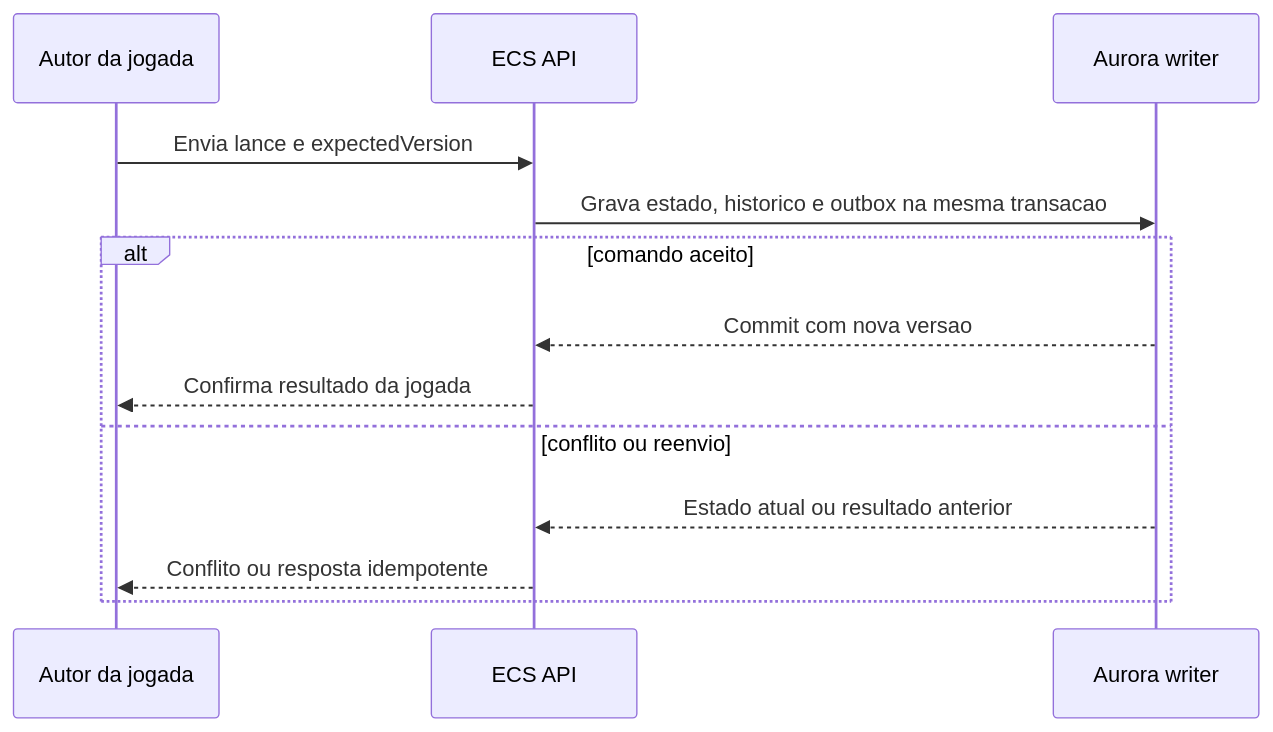
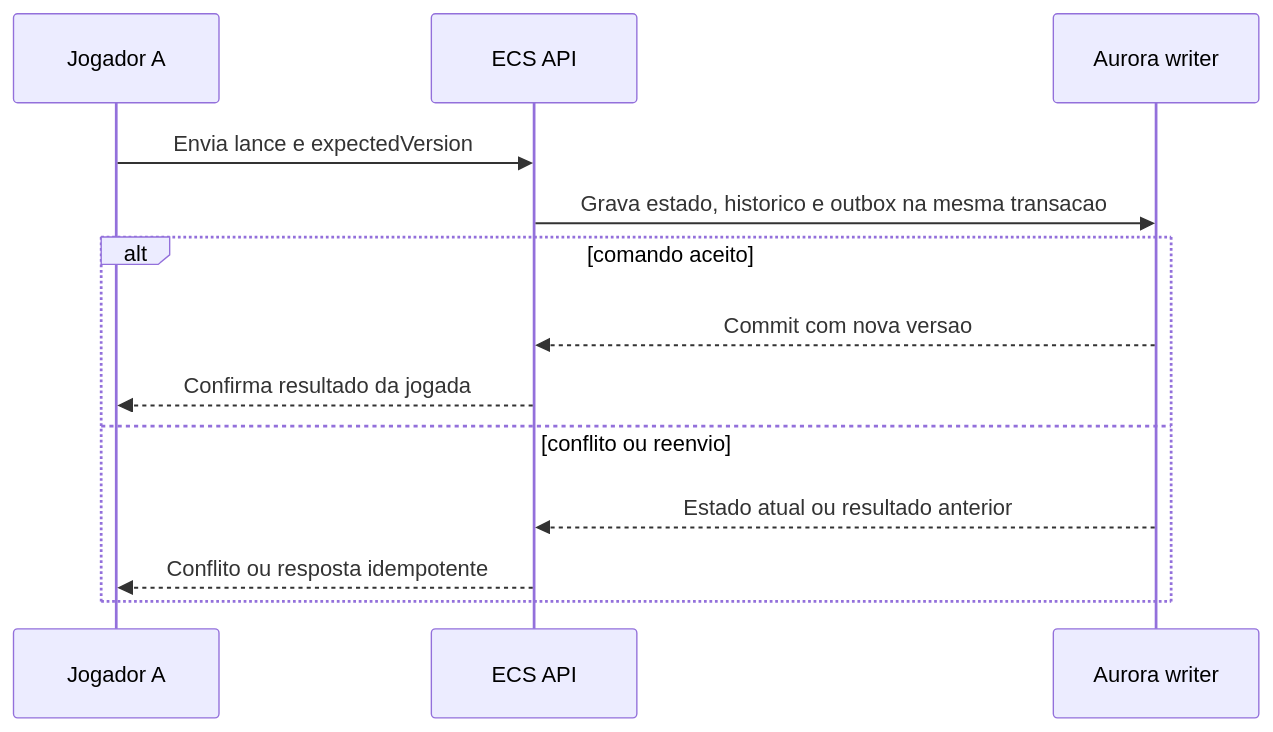
Before and after one commit to ralvesper/checkers-aws: the second of 4 diagrams in docs/diagrams/aws-deployment-global.md, drawn with Mermaid. The commit also changed other lines of this file, not shown here.

````diff
--- a/docs/diagrams/aws-deployment-global.md
+++ b/docs/diagrams/aws-deployment-global.md
@@ -70,15 +70,15 @@
 ```mermaid
 sequenceDiagram
-    participant A as Autor da jogada
+    participant A as Jogador A
     participant API as ECS API
     participant DB as Aurora writer
     A->>API: Envia lance e expectedVersion
     API->>DB: Grava estado, historico e outbox na mesma transacao
     alt comando aceito
         DB-->>API: Commit com nova versao
         API-->>A: Confirma resultado da jogada
     else conflito ou reenvio
         DB-->>API: Estado atual ou resultado anterior
         API-->>A: Conflito ou resposta idempotente
     end
 ```
````
